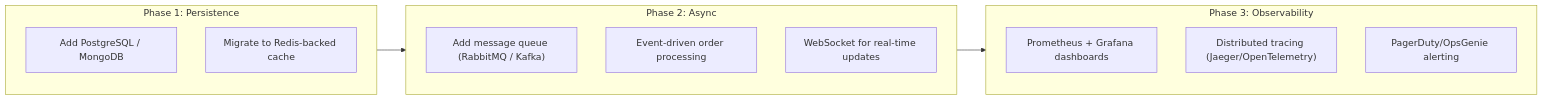
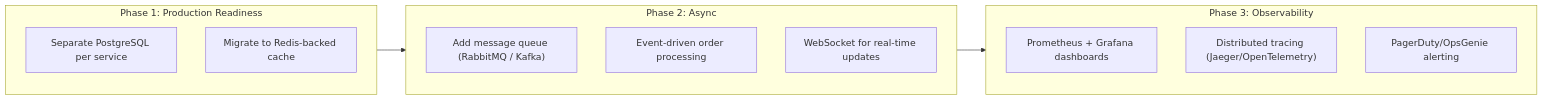
Diagram 18 of 18 in ecommerce/docs/ARCHITECTURE.md (nikhil2128/ai-projects), drawn with Mermaid before and after one commit. The commit also changed other lines of this file and 40 other files, not shown here.

````diff
--- a/ecommerce/docs/ARCHITECTURE.md
+++ b/ecommerce/docs/ARCHITECTURE.md
@@ -1011,21 +1086,21 @@
 ```mermaid
 graph LR
-    subgraph Phase1["Phase 1: Persistence"]
-        DB["Add PostgreSQL / MongoDB"]
+    subgraph Phase1["Phase 1: Production Readiness"]
+        DB["Separate PostgreSQL per service"]
         REDIS2["Migrate to Redis-backed cache"]
     end
 
     subgraph Phase2["Phase 2: Async"]
         MQ["Add message queue (RabbitMQ / Kafka)"]
         EVENTS["Event-driven order processing"]
         WEBSOCKET["WebSocket for real-time updates"]
     end
 
     subgraph Phase3["Phase 3: Observability"]
         MON["Prometheus + Grafana dashboards"]
         TRACE["Distributed tracing (Jaeger/OpenTelemetry)"]
         ALERTS["PagerDuty/OpsGenie alerting"]
     end
 
     Phase1 --> Phase2 --> Phase3
 ```
````
